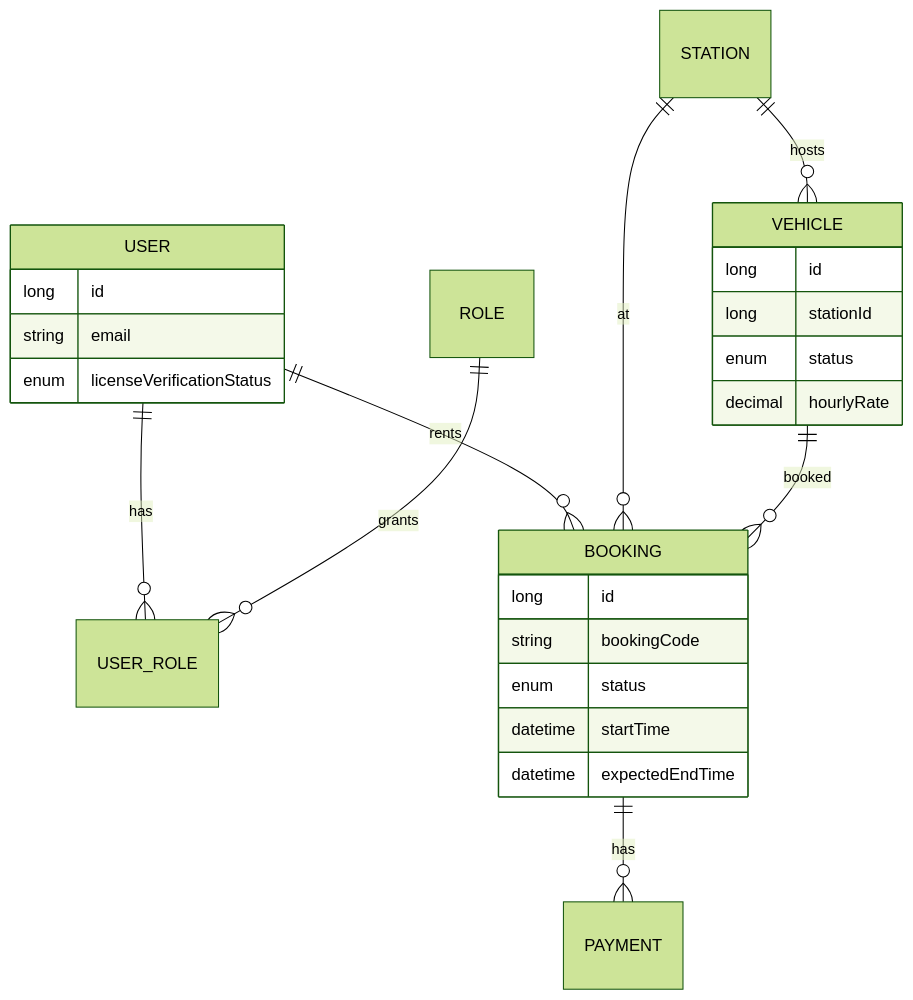
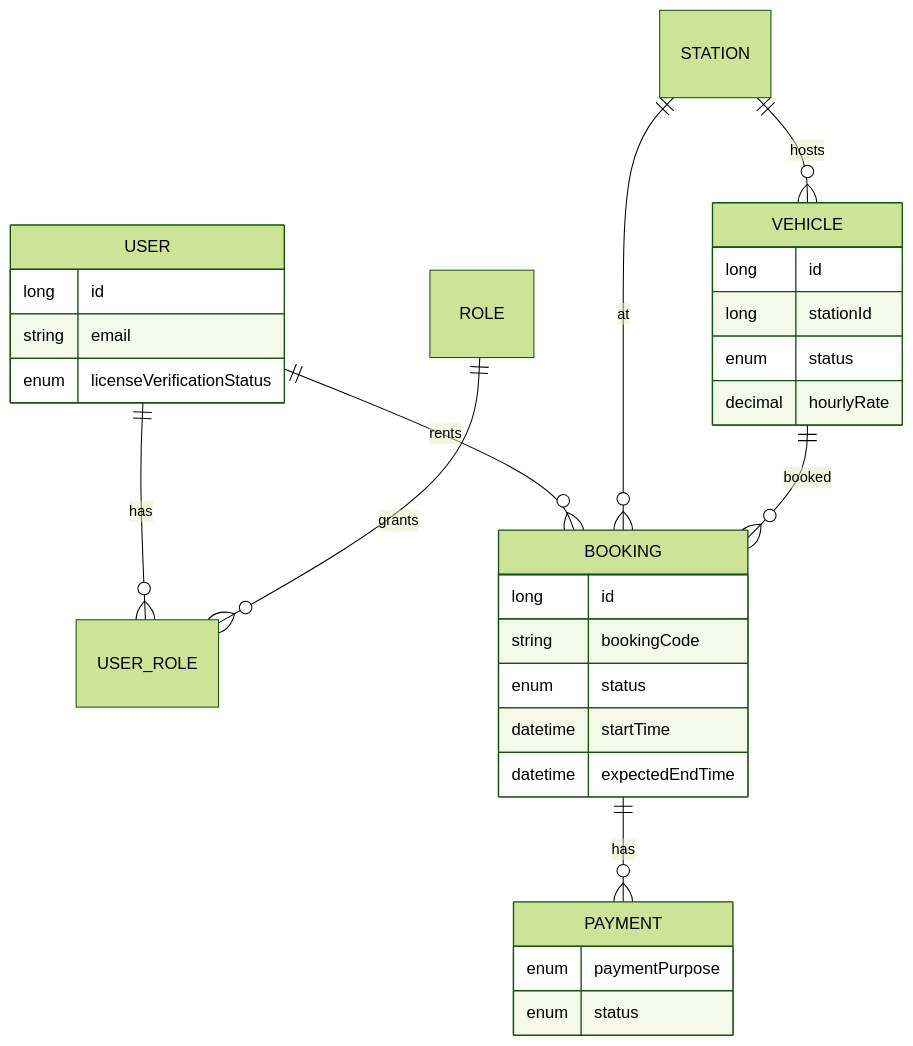
One commit to dangkhoi88x/UngDungGoiXe changed the third of 9 diagrams in architecture.md. Above: the diagram before and after it, drawn with Mermaid (forest theme). The commit also changed other lines of this file and 40 other files, not shown here.

````diff
--- a/architecture.md
+++ b/architecture.md
@@ -84,28 +84,32 @@
 ```mermaid
 erDiagram
   USER ||--o{ USER_ROLE : has
   ROLE ||--o{ USER_ROLE : grants
   USER ||--o{ BOOKING : rents
   STATION ||--o{ VEHICLE : hosts
   STATION ||--o{ BOOKING : at
   VEHICLE ||--o{ BOOKING : booked
   BOOKING ||--o{ PAYMENT : has
+  PAYMENT {
+    enum paymentPurpose
+    enum status
+  }
   USER {
     long id
     string email
     enum licenseVerificationStatus
   }
   VEHICLE {
     long id
     long stationId
     enum status
     decimal hourlyRate
   }
   BOOKING {
     long id
     string bookingCode
     enum status
     datetime startTime
     datetime expectedEndTime
   }
 ```
````
